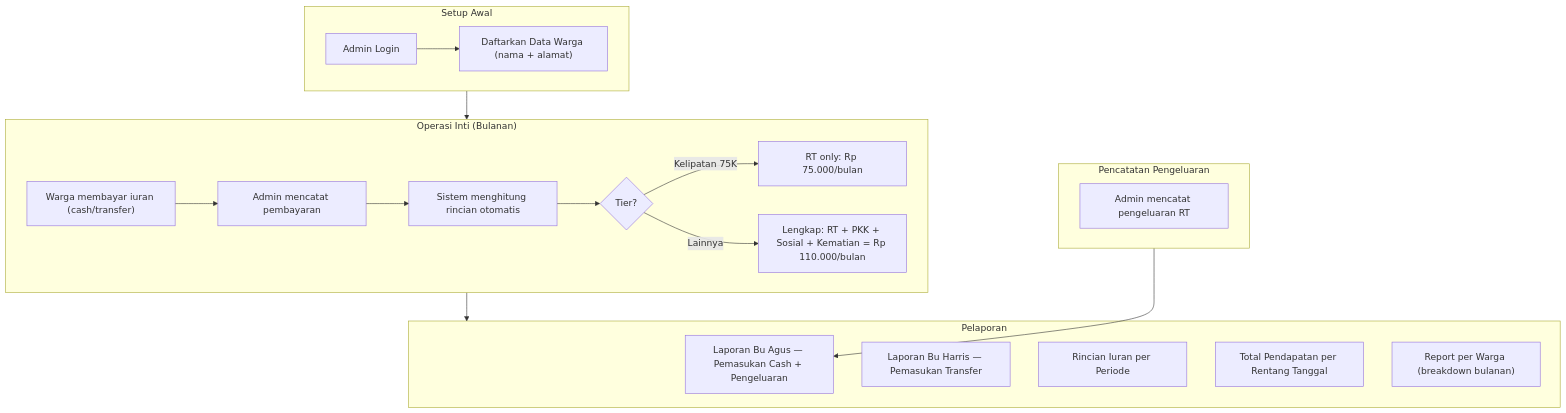
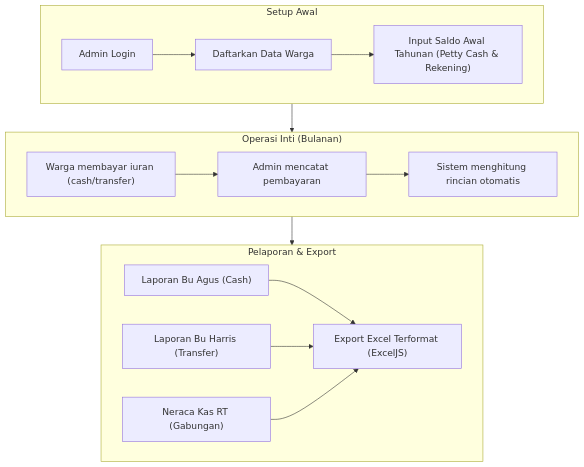
Before and after one commit to alkarim99/api-iuran-rt: the seventh of 7 diagrams in docs/TECHNICAL_REVIEW.md, drawn with Mermaid. The commit also changed other lines of this file and 2 other files, not shown here.

````diff
--- a/docs/TECHNICAL_REVIEW.md
+++ b/docs/TECHNICAL_REVIEW.md
@@ -437,31 +429,23 @@
 ```mermaid
 flowchart TB
     subgraph SETUP ["Setup Awal"]
-        A1["Admin Login"] --> A2["Daftarkan Data Warga (nama + alamat)"]
+        A1["Admin Login"] --> A2["Daftarkan Data Warga"]
+        A2 --> A3["Input Saldo Awal Tahunan (Petty Cash & Rekening)"]
     end
 
     subgraph CORE ["Operasi Inti (Bulanan)"]
         B1["Warga membayar iuran (cash/transfer)"]
         B1 --> B2["Admin mencatat pembayaran"]
         B2 --> B3["Sistem menghitung rincian otomatis"]
-        B3 --> B4{"Tier?"}
-        B4 -->|"Kelipatan 75K"| B5["RT only: Rp 75.000/bulan"]
-        B4 -->|"Lainnya"| B6["Lengkap: RT + PKK + Sosial + Kematian = Rp 110.000/bulan"]
     end
 
-    subgraph EXPENSE_FLOW ["Pencatatan Pengeluaran"]
-        C1["Admin mencatat pengeluaran RT"]
-    end
-
-    subgraph REPORTING ["Pelaporan"]
-        D1["Laporan Bu Agus — Pemasukan Cash + Pengeluaran"]
-        D2["Laporan Bu Harris — Pemasukan Transfer"]
-        D3["Rincian Iuran per Periode"]
-        D4["Total Pendapatan per Rentang Tanggal"]
-        D5["Report per Warga (breakdown bulanan)"]
+    subgraph REPORTING ["Pelaporan & Export"]
+        D1["Laporan Bu Agus (Cash)"]
+        D2["Laporan Bu Harris (Transfer)"]
+        D3["Neraca Kas RT (Gabungan)"]
+        D1 & D2 & D3 --> EXCEL["Export Excel Terformat (ExcelJS)"]
     end
 
     SETUP --> CORE
     CORE --> REPORTING
-    EXPENSE_FLOW --> D1
 ```
````
